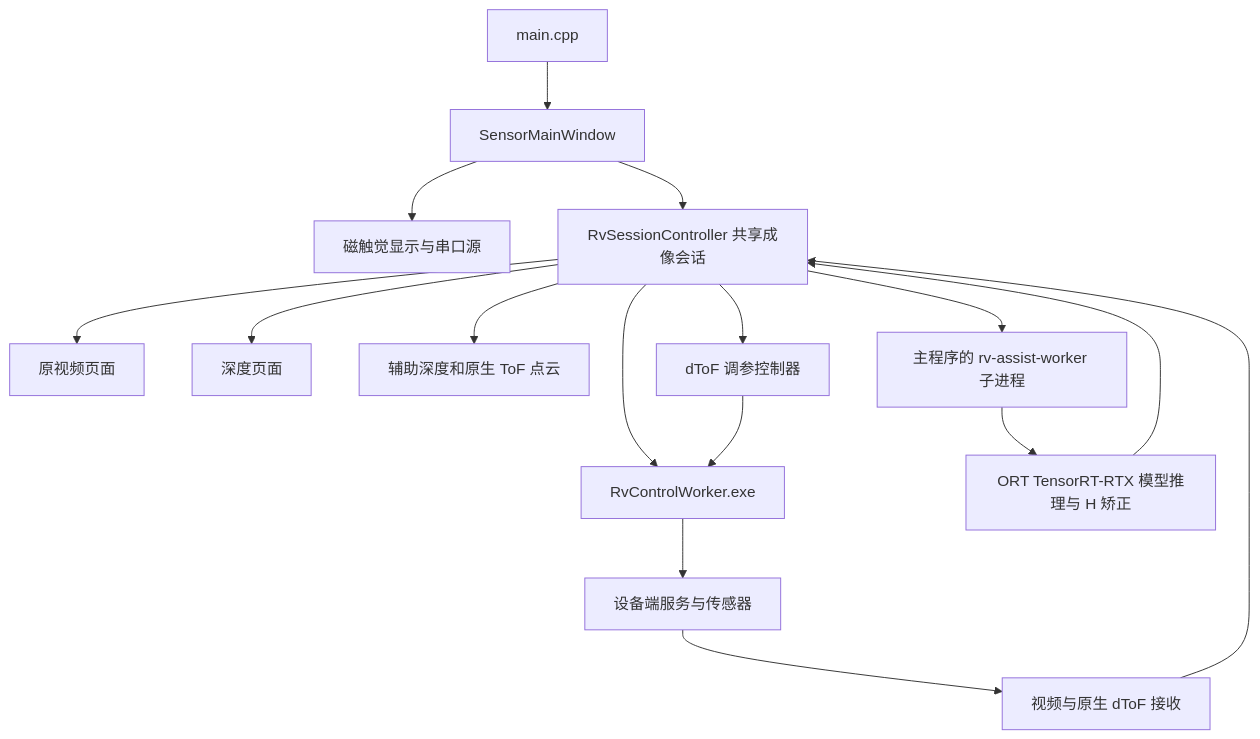
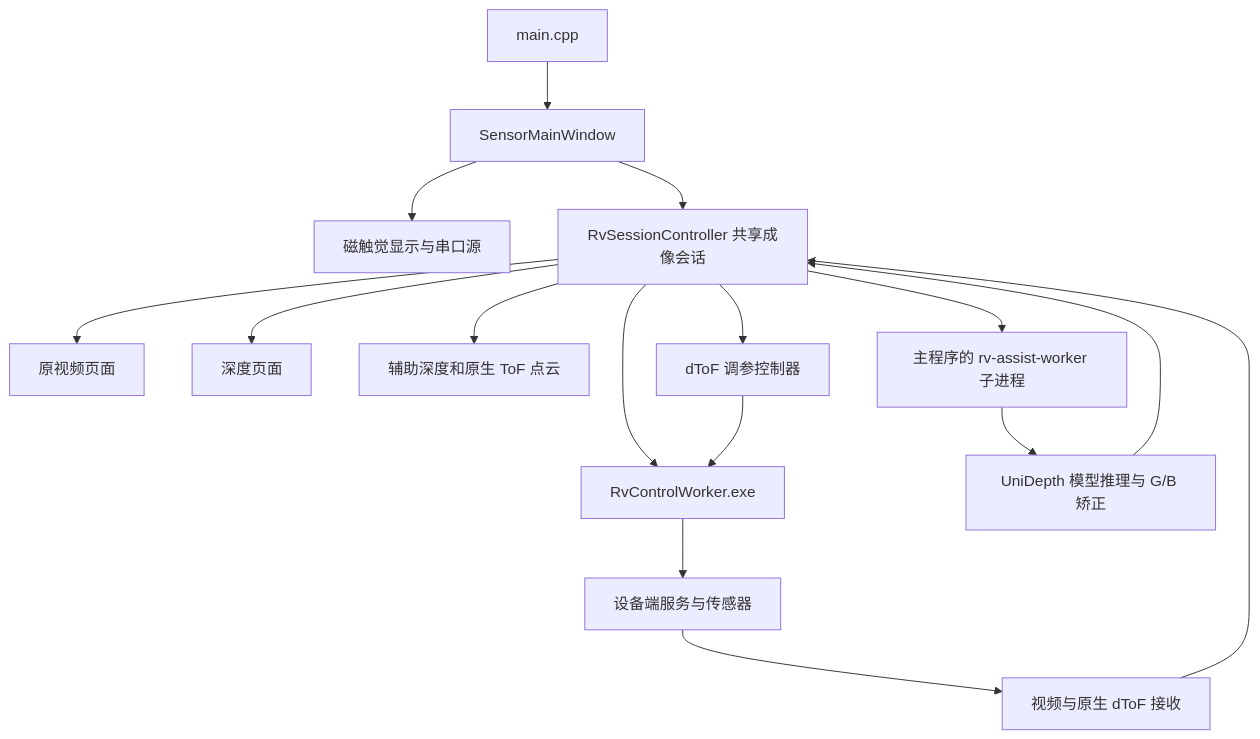
One commit to QinChen1998/depth-camera-and-tactile-sensor changed the diagram in docs/ARCHITECTURE.md. Above: the diagram before and after it, drawn with Mermaid. The commit also changed other lines of this file and 48 other files, not shown here.

````diff
--- a/docs/ARCHITECTURE.md
+++ b/docs/ARCHITECTURE.md
@@ -23,18 +24,18 @@
 ```mermaid
 flowchart TD
     Main[main.cpp] --> Window[SensorMainWindow]
     Window --> Tactile[磁触觉显示与串口源]
     Window --> Session[RvSessionController 共享成像会话]
     Session --> Camera[原视频页面]
     Session --> Depth[深度页面]
     Session --> PointCloud[辅助深度和原生 ToF 点云]
     Session --> Tuner[dToF 调参控制器]
     Session --> Control[RvControlWorker.exe]
     Tuner --> Control
     Control --> Board[设备端服务与传感器]
     Board --> Streams[视频与原生 dToF 接收]
     Streams --> Session
     Session --> Assist[主程序的 rv-assist-worker 子进程]
-    Assist --> ORT[ORT TensorRT-RTX 模型推理与 H 矫正]
+    Assist --> ORT[UniDepth 模型推理与 G/B 矫正]
     ORT --> Session
 ```
````
